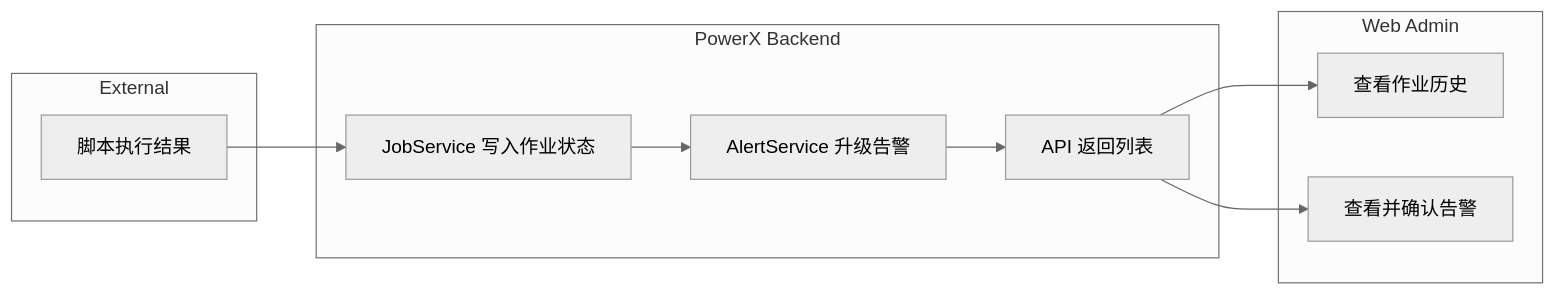
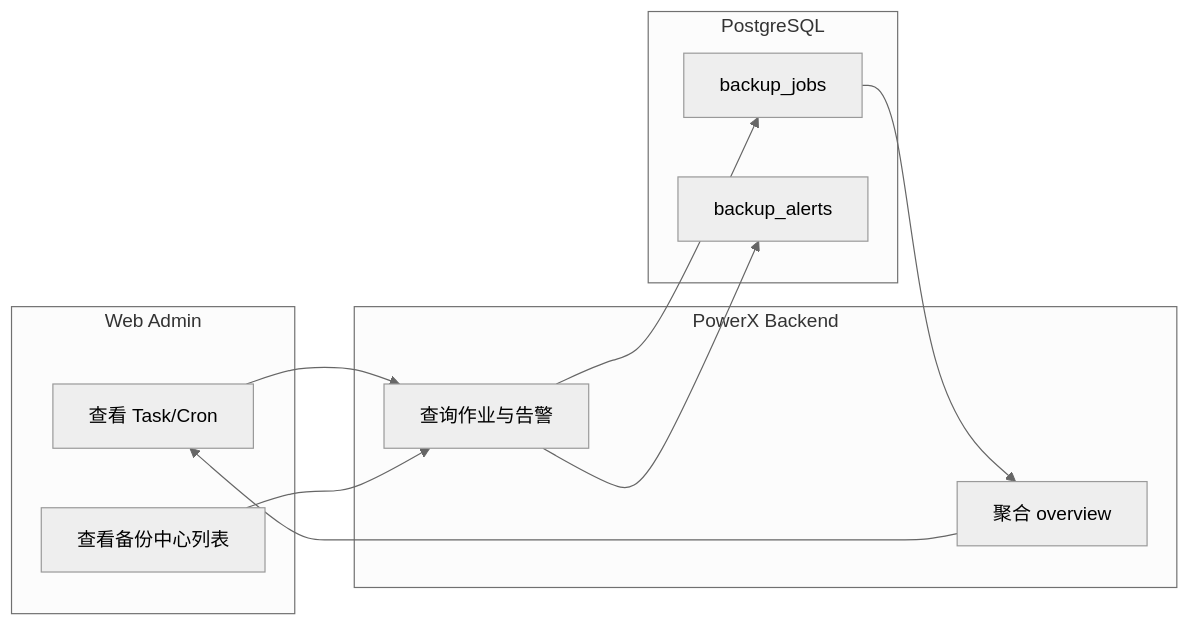
The third of 3 diagrams in docs/guides/deploy/027-monitor-center/usecase-us2-monitor-and-alert.md (ArtisanCloud/PowerX), drawn with Mermaid (neutral theme) before and after one commit. The commit also changed other lines of this file and 32 other files, not shown here.

````diff
--- a/docs/guides/deploy/027-monitor-center/usecase-us2-monitor-and-alert.md
+++ b/docs/guides/deploy/027-monitor-center/usecase-us2-monitor-and-alert.md
@@ -35,17 +43,18 @@
 ```mermaid
 flowchart LR
   subgraph L1[Web Admin]
-    U1[查看作业历史]
-    U2[查看并确认告警]
+    U1[查看 Task/Cron]
+    U2[查看备份中心列表]
   end
   subgraph L2[PowerX Backend]
-    B1[JobService 写入作业状态]
-    B2[AlertService 升级告警]
-    B3[API 返回列表]
+    B1[查询作业与告警]
+    B2[聚合 overview]
   end
-  subgraph L3[External]
-    X1[脚本执行结果]
+  subgraph L3[PostgreSQL]
+    D1[backup_jobs]
+    D2[backup_alerts]
   end
-  X1 --> B1 --> B2 --> B3 --> U1
-  B3 --> U2
+  U1 --> B1 --> D1
+  U2 --> B1 --> D2
+  D1 --> B2 --> U1
 ```
````
